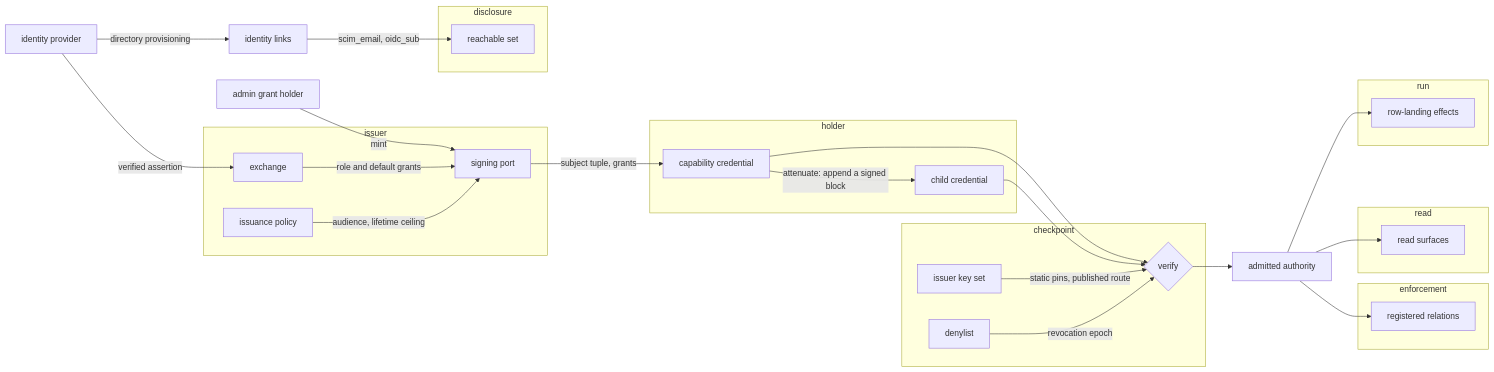
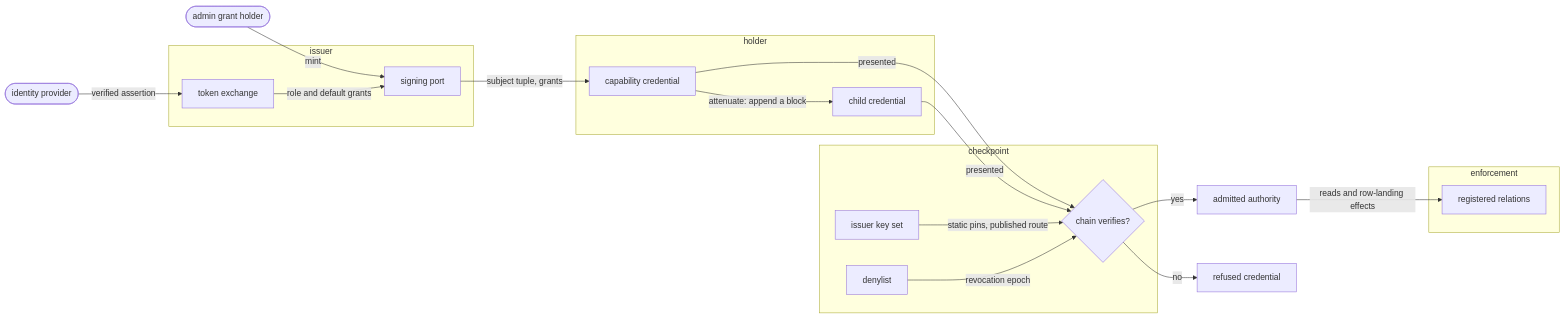
One commit to fractalboxdev/contextful changed the first of 5 diagrams in spec/50-authority.md. Above: the diagram before and after it, drawn with Mermaid. The commit also changed other lines of this file and 31 other files, not shown here.

First line of the commit message:
spec: every diagram draws things as nodes and what flows as labelled edges

````diff
--- a/spec/50-authority.md
+++ b/spec/50-authority.md
@@ -23,49 +23,35 @@
 ```mermaid
 flowchart LR
-  IDP["identity provider"]
-  ADMIN["admin grant holder"]
-  LINK["identity links"]
+  IDP(["identity provider"])
+  ADMIN(["admin grant holder"])
   subgraph ISS["issuer"]
-    EXCH["exchange"]
-    POL["issuance policy"]
+    EXCH["token exchange"]
     PORT["signing port"]
   end
   subgraph HOLD["holder"]
     CRED["capability credential"]
     CHILD["child credential"]
   end
   subgraph CPZ["checkpoint"]
     KEYS["issuer key set"]
     REV["denylist"]
-    CP{"verify"}
+    CP{"chain verifies?"}
   end
   AA["admitted authority"]
+  NO["refused credential"]
   subgraph ENF["enforcement"]
     RELS["registered relations"]
   end
-  subgraph READ["read"]
-    RS["read surfaces"]
-  end
-  subgraph RUN["run"]
-    RLE["row-landing effects"]
-  end
-  subgraph DISC["disclosure"]
-    REACH["reachable set"]
-  end
   IDP -- "verified assertion" --> EXCH
-  IDP -- "directory provisioning" --> LINK
-  LINK -- "scim_email, oidc_sub" --> REACH
   ADMIN -- "mint" --> PORT
   EXCH -- "role and default grants" --> PORT
-  POL -- "audience, lifetime ceiling" --> PORT
   PORT -- "subject tuple, grants" --> CRED
-  CRED -- "attenuate: append a signed block" --> CHILD
-  CRED --> CP
-  CHILD --> CP
+  CRED -- "attenuate: append a block" --> CHILD
+  CRED -- "presented" --> CP
+  CHILD -- "presented" --> CP
   KEYS -- "static pins, published route" --> CP
   REV -- "revocation epoch" --> CP
-  CP --> AA
-  AA --> RELS
-  AA --> RS
-  AA --> RLE
+  CP -- "yes" --> AA
+  CP -- "no" --> NO
+  AA -- "reads and row-landing effects" --> RELS
 ```
````
